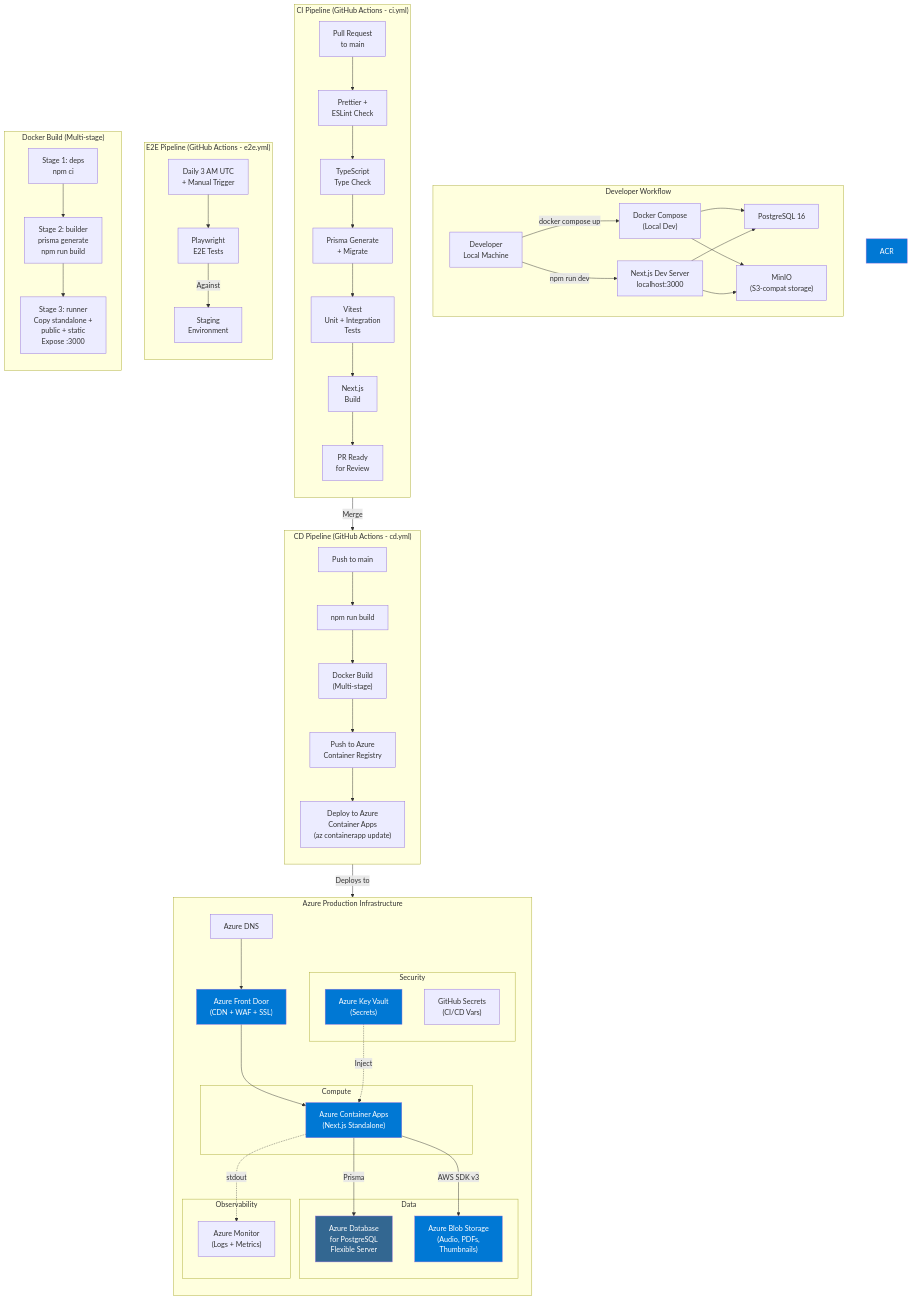
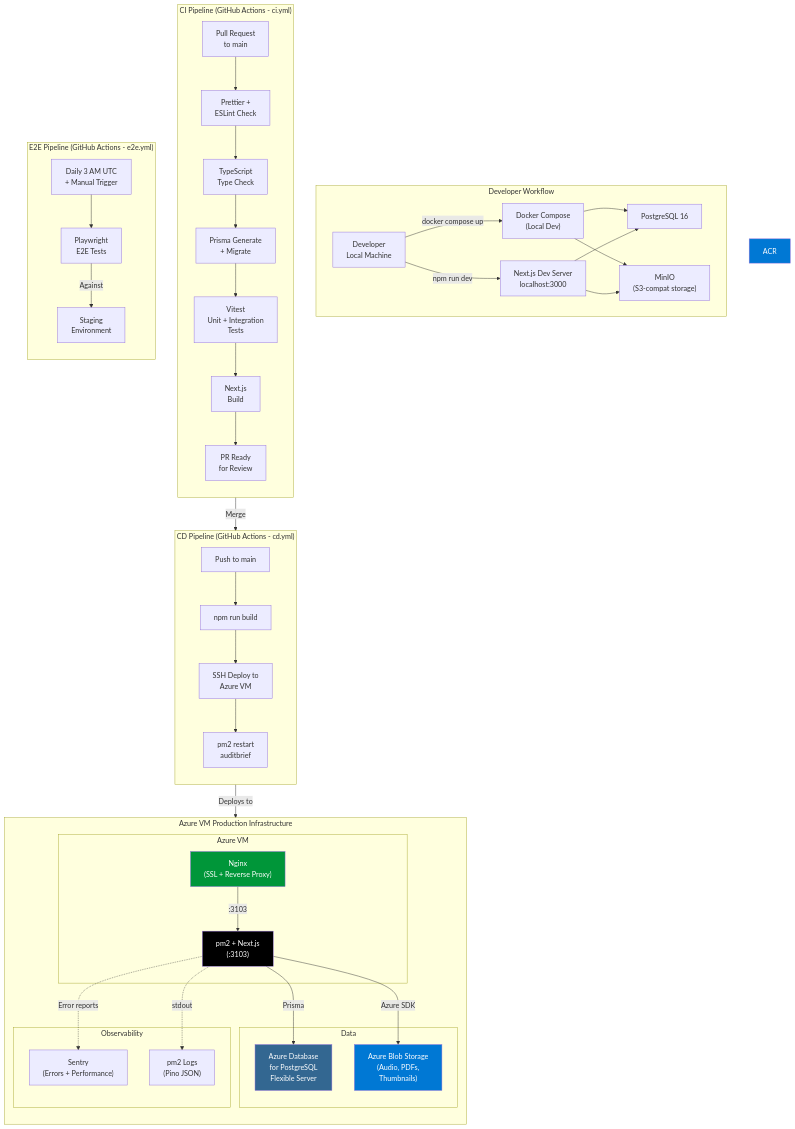
One commit to RoshanJ20/podcasthub changed the seventh of 7 diagrams in docs/architecture-diagrams.md. Above: the diagram before and after it, drawn with Mermaid. The commit also changed other lines of this file and 81 other files, not shown here.

````diff
--- a/docs/architecture-diagrams.md
+++ b/docs/architecture-diagrams.md
@@ -505,9 +485,8 @@
     subgraph "CD Pipeline (GitHub Actions - cd.yml)"
         direction TB
         MergeMain["Push to main"] --> NpmBuild["npm run build"]
-        NpmBuild --> DockerBuild["Docker Build<br/>(Multi-stage)"]
-        DockerBuild --> PushACR["Push to Azure<br/>Container Registry"]
-        PushACR --> DeployACA["Deploy to Azure<br/>Container Apps<br/>(az containerapp update)"]
+        NpmBuild --> SSHDeploy["SSH Deploy to<br/>Azure VM"]
+        SSHDeploy --> PM2Restart["pm2 restart<br/>auditbrief"]
     end
 
     subgraph "E2E Pipeline (GitHub Actions - e2e.yml)"
@@ -516,14 +495,12 @@
         PlaywrightRun -->|"Against"| StagingURL["Staging<br/>Environment"]
     end
 
-    subgraph "Azure Production Infrastructure"
+    subgraph "Azure VM Production Infrastructure"
         direction TB
 
-        AzureDNS["Azure DNS"]
-        FrontDoor2["Azure Front Door<br/>(CDN + WAF + SSL)"]
-
-        subgraph "Compute"
-            ACA["Azure Container Apps<br/>(Next.js Standalone)"]
+        subgraph "Azure VM"
+            NginxProd["Nginx<br/>(SSL + Reverse Proxy)"]
+            PM2Prod["pm2 + Next.js<br/>(:3103)"]
         end
 
         subgraph "Data"
@@ -531,38 +508,24 @@
             AzureBlob["Azure Blob Storage<br/>(Audio, PDFs,<br/>Thumbnails)"]
         end
 
-        subgraph "Security"
-            KeyVault["Azure Key Vault<br/>(Secrets)"]
-            GitHubSecrets["GitHub Secrets<br/>(CI/CD Vars)"]
+        subgraph "Observability"
+            SentryMon["Sentry<br/>(Errors + Performance)"]
+            PM2Logs["pm2 Logs<br/>(Pino JSON)"]
         end
 
-        subgraph "Observability"
-            AzureMon["Azure Monitor<br/>(Logs + Metrics)"]
-        end
-
-        AzureDNS --> FrontDoor2
-        FrontDoor2 --> ACA
-        ACA -->|"Prisma"| AzurePG
-        ACA -->|"AWS SDK v3"| AzureBlob
-        ACA -.->|"stdout"| AzureMon
-        KeyVault -.->|"Inject"| ACA
-    end
-
-    subgraph "Docker Build (Multi-stage)"
-        direction TB
-        Stage1["Stage 1: deps<br/>npm ci"]
-        Stage2["Stage 2: builder<br/>prisma generate<br/>npm run build"]
-        Stage3["Stage 3: runner<br/>Copy standalone +<br/>public + static<br/>Expose :3000"]
-        Stage1 --> Stage2 --> Stage3
+        NginxProd -->|":3103"| PM2Prod
+        PM2Prod -->|"Prisma"| AzurePG
+        PM2Prod -->|"Azure SDK"| AzureBlob
+        PM2Prod -.->|"Error reports"| SentryMon
+        PM2Prod -.->|"stdout"| PM2Logs
     end
 
     PRReady -->|"Merge"| MergeMain
-    DeployACA -->|"Deploys to"| ACA
+    SSHDeploy -->|"Deploys to"| PM2Prod
 
-    style FrontDoor2 fill:#0078d4,color:#fff
-    style ACA fill:#0078d4,color:#fff
+    style NginxProd fill:#009639,color:#fff
+    style PM2Prod fill:#000,color:#fff
     style AzurePG fill:#336791,color:#fff
     style AzureBlob fill:#0078d4,color:#fff
-    style KeyVault fill:#0078d4,color:#fff
     style ACR fill:#0078d4,color:#fff
 ```
````
